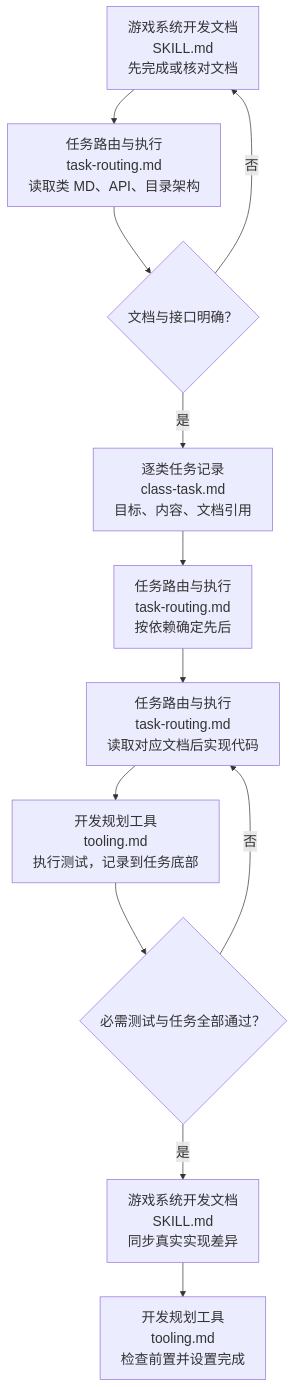
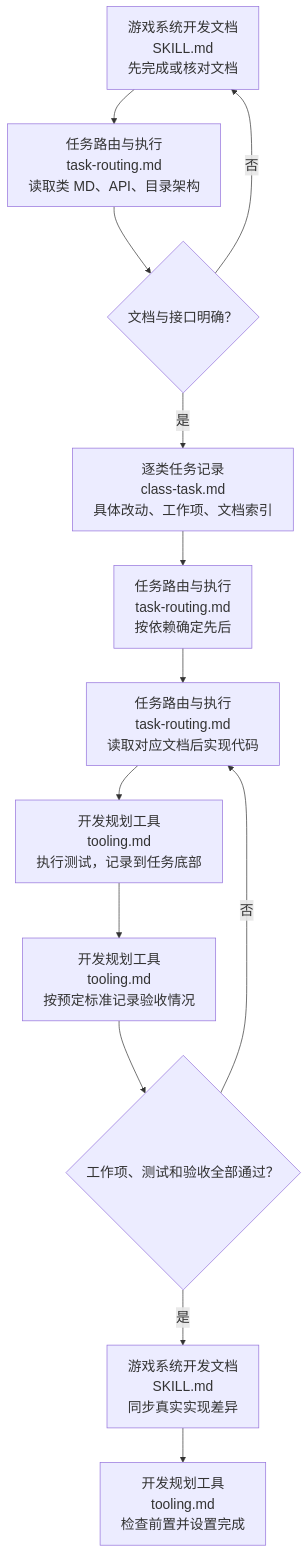
One commit to 229196637/game-development-skills changed the diagram in game-system-development-planning/SKILL.md. Above: the diagram before and after it, drawn with Mermaid. The commit also changed other lines of this file and 19 other files, not shown here.

````diff
--- a/game-system-development-planning/SKILL.md
+++ b/game-system-development-planning/SKILL.md
@@ -14,23 +14,25 @@
 ```mermaid
 %%{init: {"themeVariables": {"fontSize": "20px"}, "flowchart": {"wrappingWidth": 360}}}%%
 flowchart TD
   Docs["游戏系统开发文档<br/>SKILL.md<br/>先完成或核对文档"] --> Read["任务路由与执行<br/>task-routing.md<br/>读取类 MD、API、目录架构"]
   Read --> Ready{"文档与接口明确？"}
   Ready -->|否| Docs
-  Ready -->|是| Task["逐类任务记录<br/>class-task.md<br/>目标、内容、文档引用"]
+  Ready -->|是| Task["逐类任务记录<br/>class-task.md<br/>具体改动、工作项、文档索引"]
   Task --> Order["任务路由与执行<br/>task-routing.md<br/>按依赖确定先后"]
   Order --> Code["任务路由与执行<br/>task-routing.md<br/>读取对应文档后实现代码"]
   Code --> Test["开发规划工具<br/>tooling.md<br/>执行测试，记录到任务底部"]
-  Test --> Pass{"必需测试与任务全部通过？"}
+  Test --> Accept["开发规划工具<br/>tooling.md<br/>按预定标准记录验收情况"]
+  Accept --> Pass{"工作项、测试和验收全部通过？"}
   Pass -->|否| Code
   Pass -->|是| Sync["游戏系统开发文档<br/>SKILL.md<br/>同步真实实现差异"]
   Sync --> Done["开发规划工具<br/>tooling.md<br/>检查前置并设置完成"]
   click Docs "../game-system-development-documentation/SKILL.md"
   click Read "references/workflows/task-routing.md"
   click Task "references/contracts/class-task.md"
   click Order "references/workflows/task-routing.md"
   click Code "references/workflows/task-routing.md"
   click Test "references/tooling.md"
+  click Accept "references/tooling.md"
   click Sync "../game-system-development-documentation/SKILL.md"
   click Done "references/tooling.md"
 ```
````
